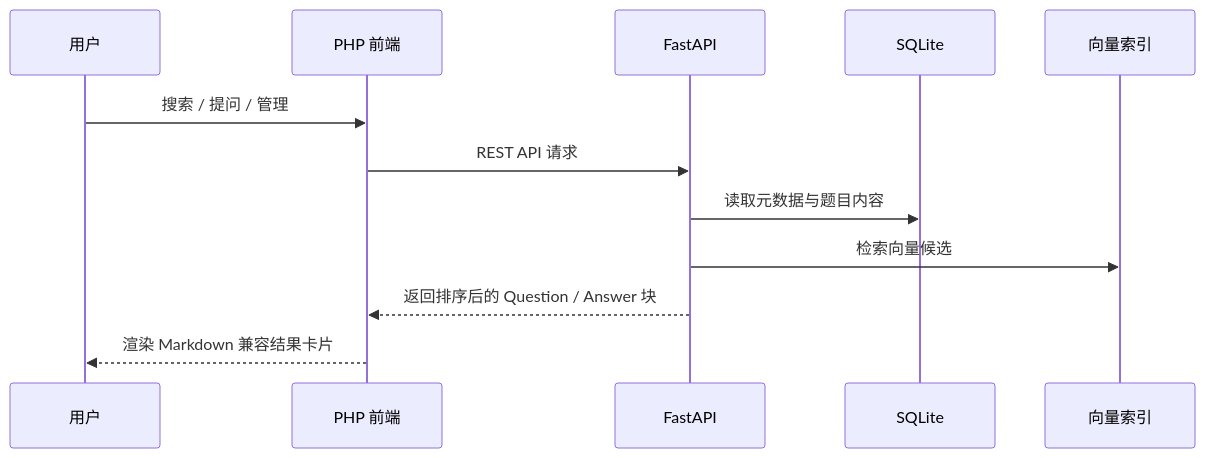
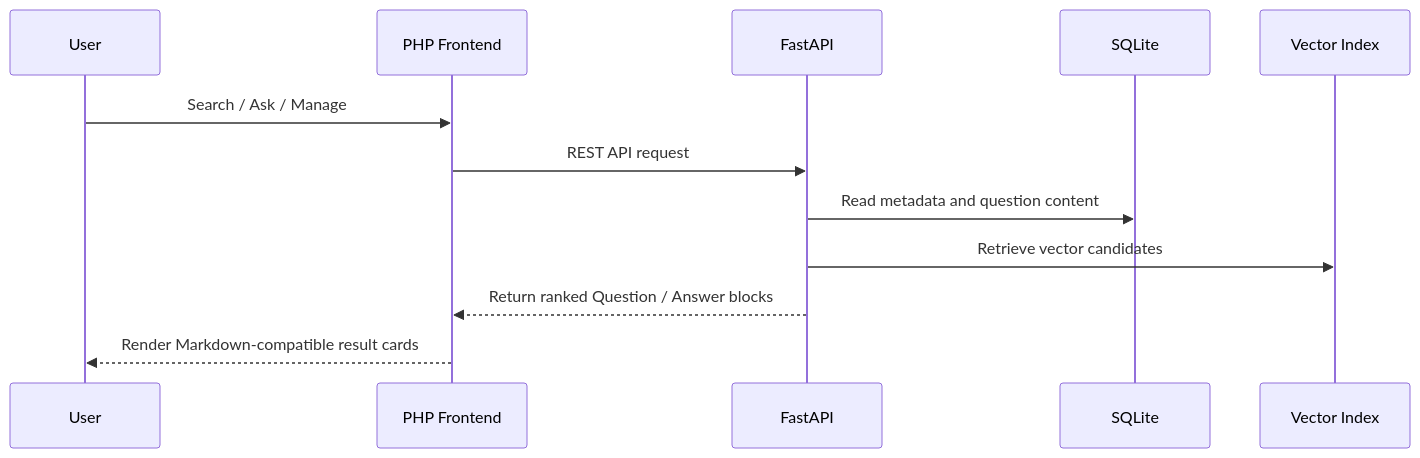
The second of 2 diagrams in README.md (dazhiruoyu123/jianwei-interview-rag), drawn with Mermaid before and after one commit. The commit also changed other lines of this file and 7 other files, not shown here.

````diff
--- a/README.md
+++ b/README.md
@@ -44,14 +44,14 @@
 ```mermaid
 sequenceDiagram
-    participant U as 用户
-    participant W as PHP 前端
+    participant U as User
+    participant W as PHP Frontend
     participant A as FastAPI
     participant D as SQLite
-    participant V as 向量索引
-    U->>W: 搜索 / 提问 / 管理
-    W->>A: REST API 请求
-    A->>D: 读取元数据与题目内容
-    A->>V: 检索向量候选
-    A-->>W: 返回排序后的 Question / Answer 块
-    W-->>U: 渲染 Markdown 兼容结果卡片
+    participant V as Vector Index
+    U->>W: Search / Ask / Manage
+    W->>A: REST API request
+    A->>D: Read metadata and question content
+    A->>V: Retrieve vector candidates
+    A-->>W: Return ranked Question / Answer blocks
+    W-->>U: Render Markdown-compatible result cards
 ```
````
